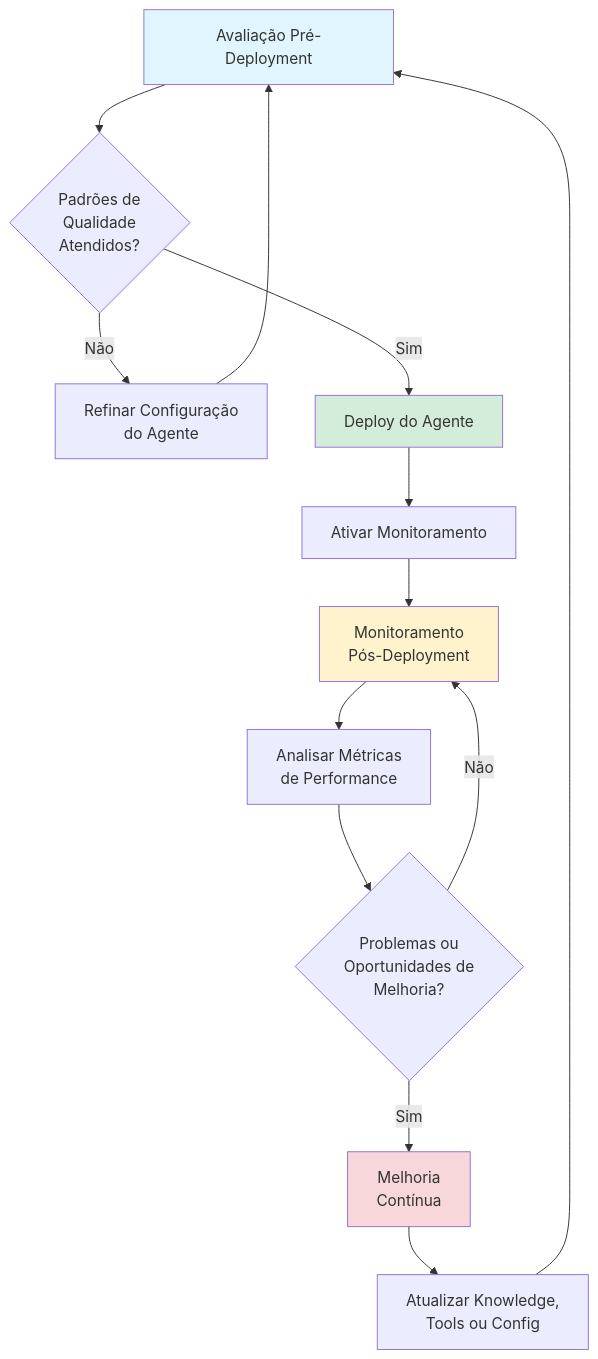
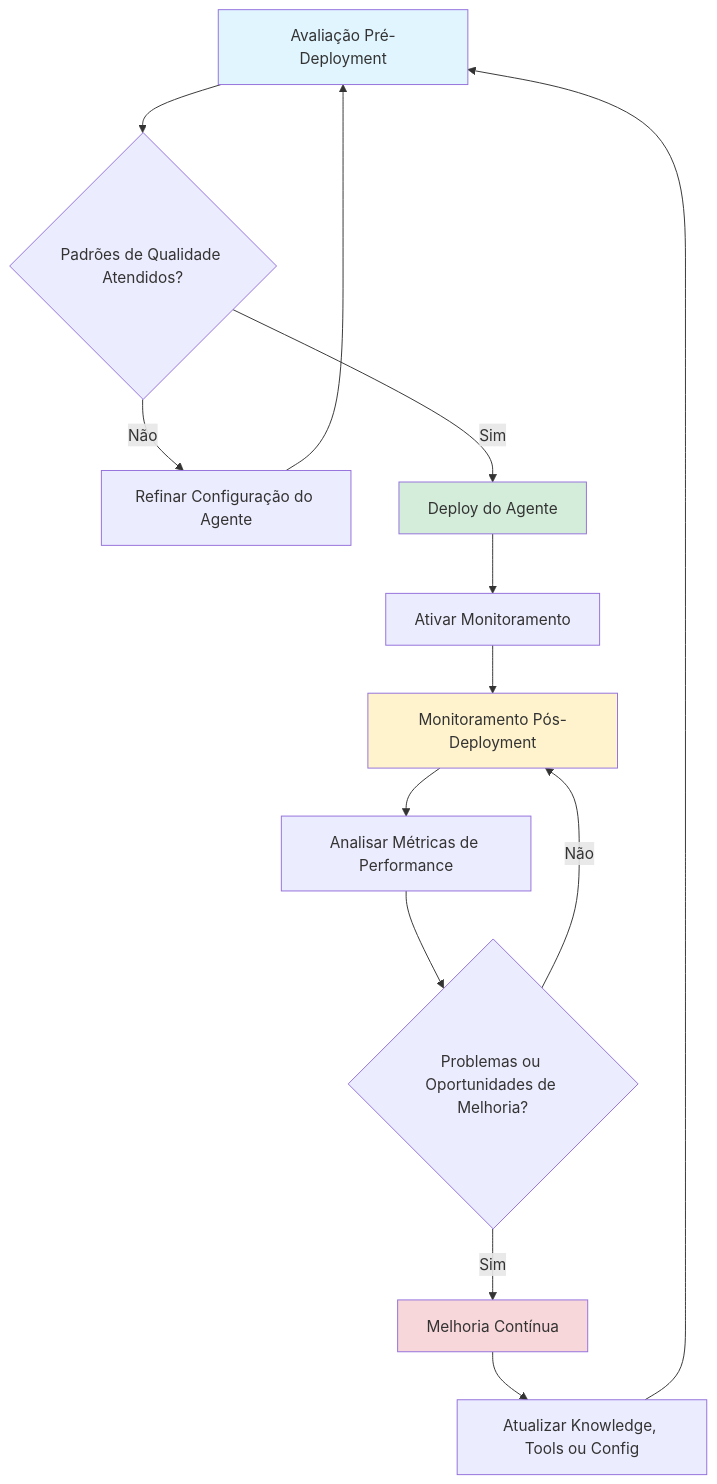
The diagram in Use_Cases/02-monitoring/LabMonitoring.md (nanatrazzi/getting-started-with-wxo-bootcamp), drawn with Mermaid before and after one commit.

````diff
--- a/Use_Cases/02-monitoring/LabMonitoring.md
+++ b/Use_Cases/02-monitoring/LabMonitoring.md
@@ -61,25 +61,25 @@
 ```mermaid
 graph TD
-    A["Avaliação Pré-Deployment"] --> B{"Padrões de<br/>Qualidade<br/>Atendidos?"}
+    A["Avaliação Pré-Deployment"] --> B{"Padrões de Qualidade Atendidos?"}
 
-    B -->|Não| C["Refinar Configuração<br/>do Agente"]
+    B -->|Não| C["Refinar Configuração do Agente"]
     C --> A
 
     B -->|Sim| D["Deploy do Agente"]
     D --> E["Ativar Monitoramento"]
-    E --> F["Monitoramento<br/>Pós-Deployment"]
+    E --> F["Monitoramento Pós-Deployment"]
 
-    F --> G["Analisar Métricas<br/>de Performance"]
-    G --> H{"Problemas ou<br/>Oportunidades de<br/>Melhoria?"}
+    F --> G["Analisar Métricas de Performance"]
+    G --> H{"Problemas ou Oportunidades de Melhoria?"}
 
-    H -->|Sim| I["Melhoria<br/>Contínua"]
-    I --> J["Atualizar Knowledge,<br/>Tools ou Config"]
+    H -->|Sim| I["Melhoria Contínua"]
+    I --> J["Atualizar Knowledge, Tools ou Config"]
     J --> A
 
     H -->|Não| F
 
     style A fill:#e1f5ff
     style D fill:#d4edda
     style F fill:#fff3cd
     style I fill:#f8d7da
 ```
````
